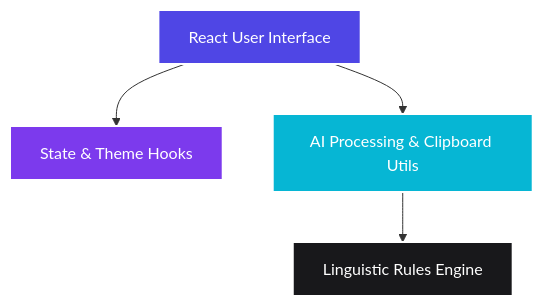
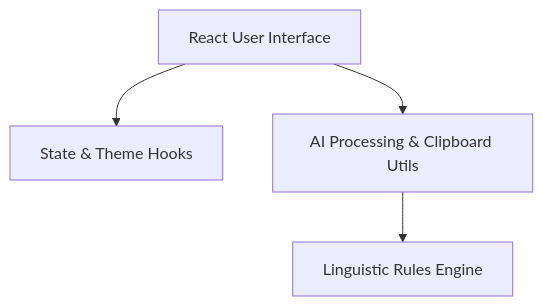
The first of 7 diagrams in README.md (tanush326k/Smartnotes), drawn with Mermaid before and after one commit. The commit also changed other lines of this file, not shown here.

Commit message:
docs: Fix Mermaid syntax to render perfectly on GitHub

````diff
--- a/README.md
+++ b/README.md
@@ -96,10 +96,6 @@
 ```mermaid
 graph TD
     UI[React User Interface] --> Hooks[State & Theme Hooks]
     UI --> Utils[AI Processing & Clipboard Utils]
     Utils --> SimulatedAI[Linguistic Rules Engine]
-    style UI fill:#4F46E5,stroke:#fff,stroke-width:2px,color:#fff
-    style Hooks fill:#7C3AED,stroke:#fff,stroke-width:2px,color:#fff
-    style Utils fill:#06B6D4,stroke:#fff,stroke-width:2px,color:#fff
-    style SimulatedAI fill:#18181B,stroke:#fff,stroke-width:2px,color:#fff
 ```
````
